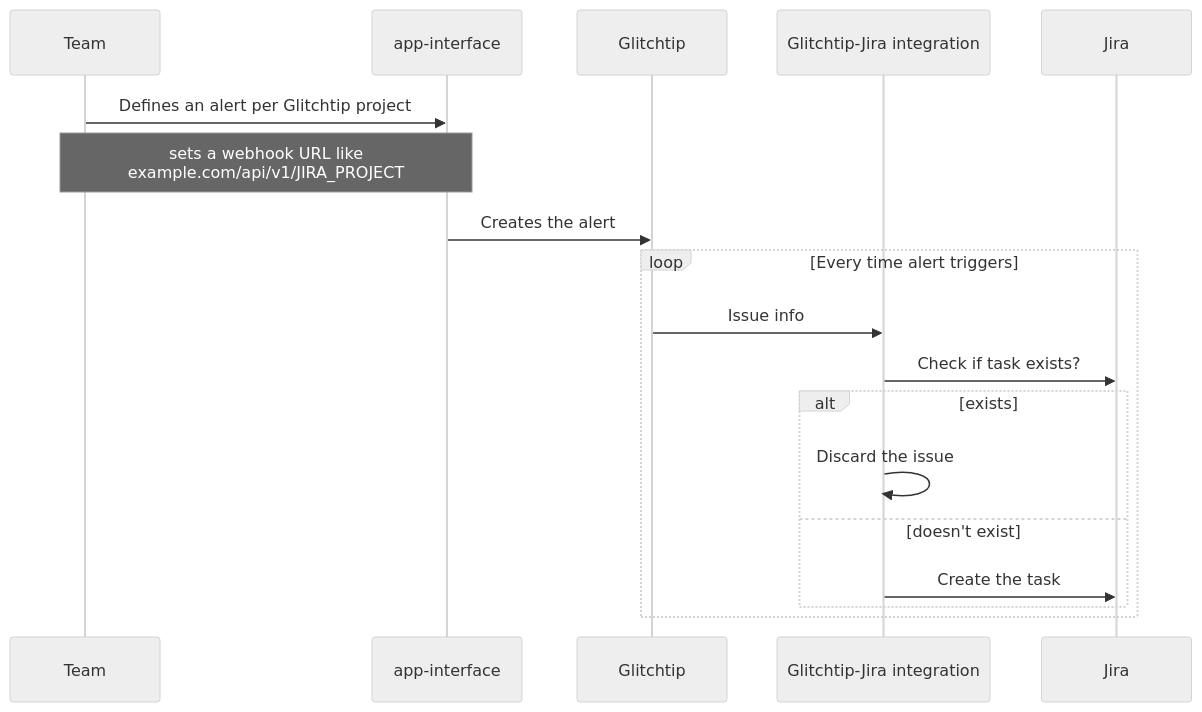
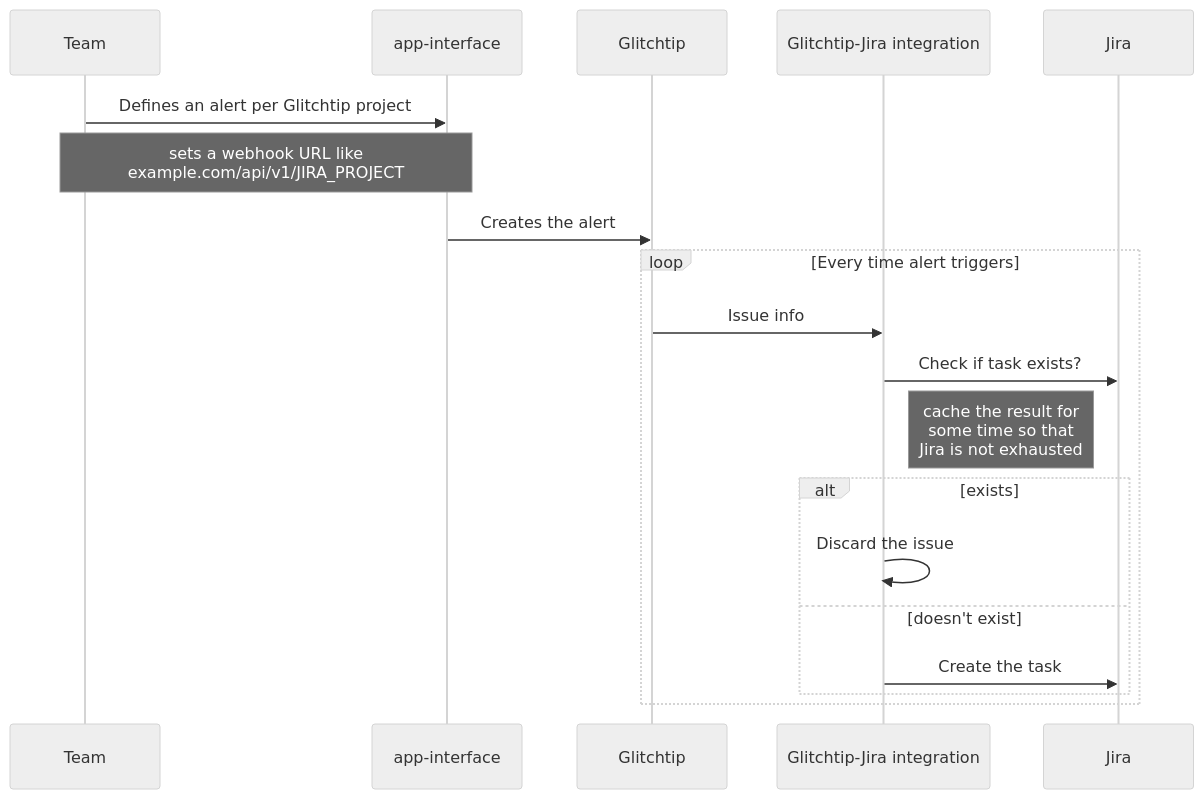
Before and after one commit to juandspy/glitchtip-jira-integration: the third of 3 diagrams in DESIGN.md, drawn with Mermaid (neutral theme). The commit also changed other lines of this file, not shown here.

Commit message:
fix https://github.com/juandspy/glitchtip-jira-integration/pull/2\#discussion_r1321352956

````diff
--- a/DESIGN.md
+++ b/DESIGN.md
@@ -139,22 +139,23 @@
 ```mermaid
 sequenceDiagram
     participant Team
     participant app-interface
     participant Glitchtip
     participant Glitchtip-Jira integration
     participant Jira
 
     Team ->> app-interface: Defines an alert per Glitchtip project
     Note over Team,app-interface: sets a webhook URL like<br/>example.com/api/v1/JIRA_PROJECT
     app-interface ->> Glitchtip: Creates the alert
 
     loop Every time alert triggers
         Glitchtip->>Glitchtip-Jira integration: Issue info
         Glitchtip-Jira integration->>Jira: Check if task exists?
+        Note left of Jira: cache the result for<br>some time so that<br>Jira is not exhausted
         alt exists
             Glitchtip-Jira integration->>Glitchtip-Jira integration: Discard the issue
         else doesn't exist
             Glitchtip-Jira integration->>Jira: Create the task
         end
     end
 ```
````
